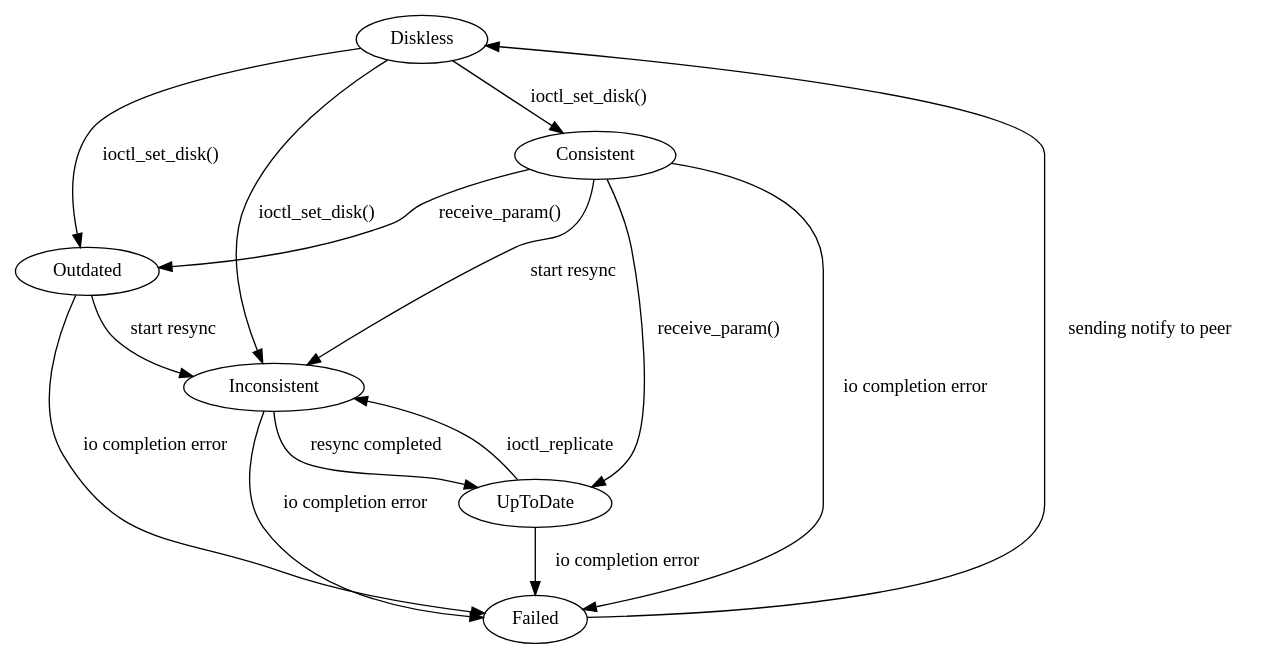
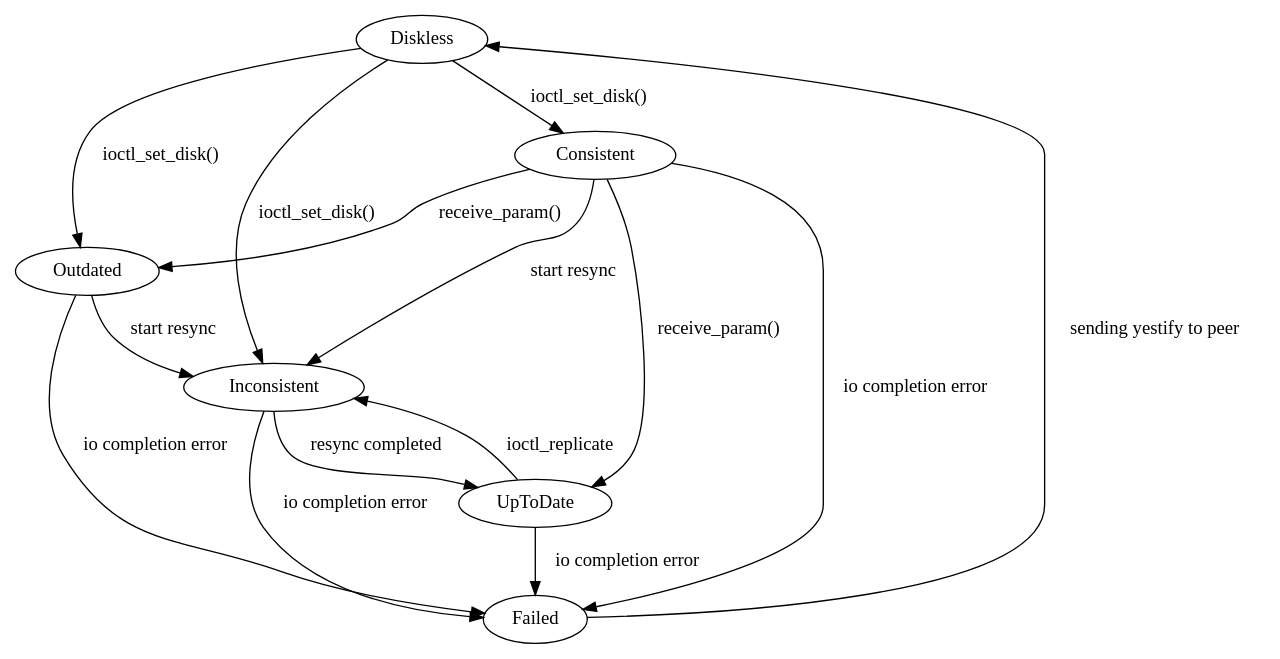
Before and after one commit to torvalds/linux: the diagram in Documentation/admin-guide/blockdev/drbd/disk-states-8.dot, drawn with Graphviz. The commit also changed 46293 other files, not shown here.

```diff
--- a/Documentation/admin-guide/blockdev/drbd/disk-states-8.dot
+++ b/Documentation/admin-guide/blockdev/drbd/disk-states-8.dot
@@ -1,16 +1,16 @@
 digraph disk_states {
 	Diskless -> Inconsistent       [ label = "ioctl_set_disk()" ]
 	Diskless -> Consistent         [ label = "ioctl_set_disk()" ]
 	Diskless -> Outdated           [ label = "ioctl_set_disk()" ]
 	Consistent -> Outdated         [ label = "receive_param()" ]
 	Consistent -> UpToDate         [ label = "receive_param()" ]
 	Consistent -> Inconsistent     [ label = "start resync" ]
 	Outdated   -> Inconsistent     [ label = "start resync" ]
 	UpToDate   -> Inconsistent     [ label = "ioctl_replicate" ]
 	Inconsistent -> UpToDate       [ label = "resync completed" ]
 	Consistent -> Failed           [ label = "io completion error" ]
 	Outdated   -> Failed           [ label = "io completion error" ]
 	UpToDate   -> Failed           [ label = "io completion error" ]
 	Inconsistent -> Failed         [ label = "io completion error" ]
-	Failed -> Diskless             [ label = "sending notify to peer" ]
+	Failed -> Diskless             [ label = "sending yestify to peer" ]
 }
```
